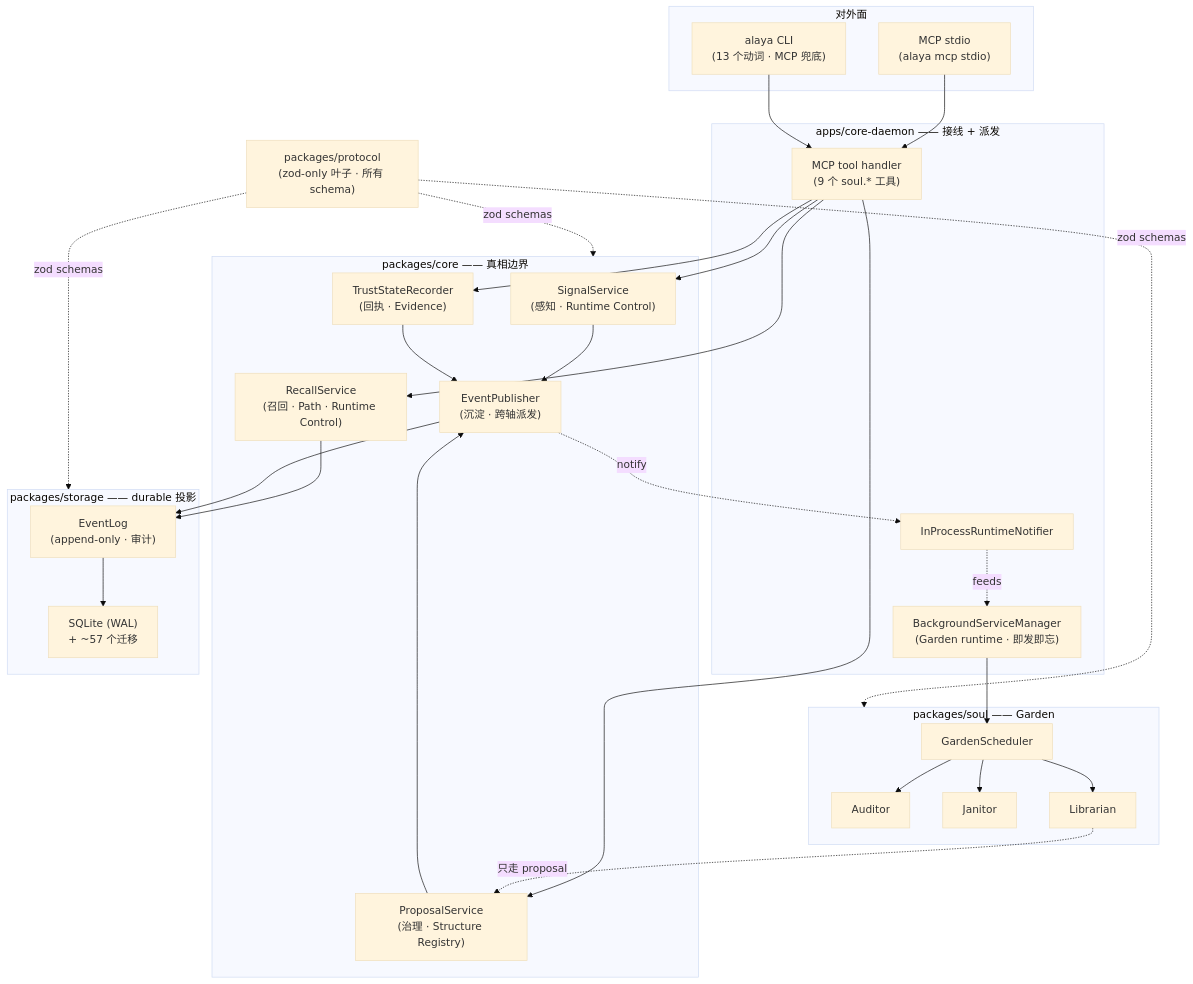
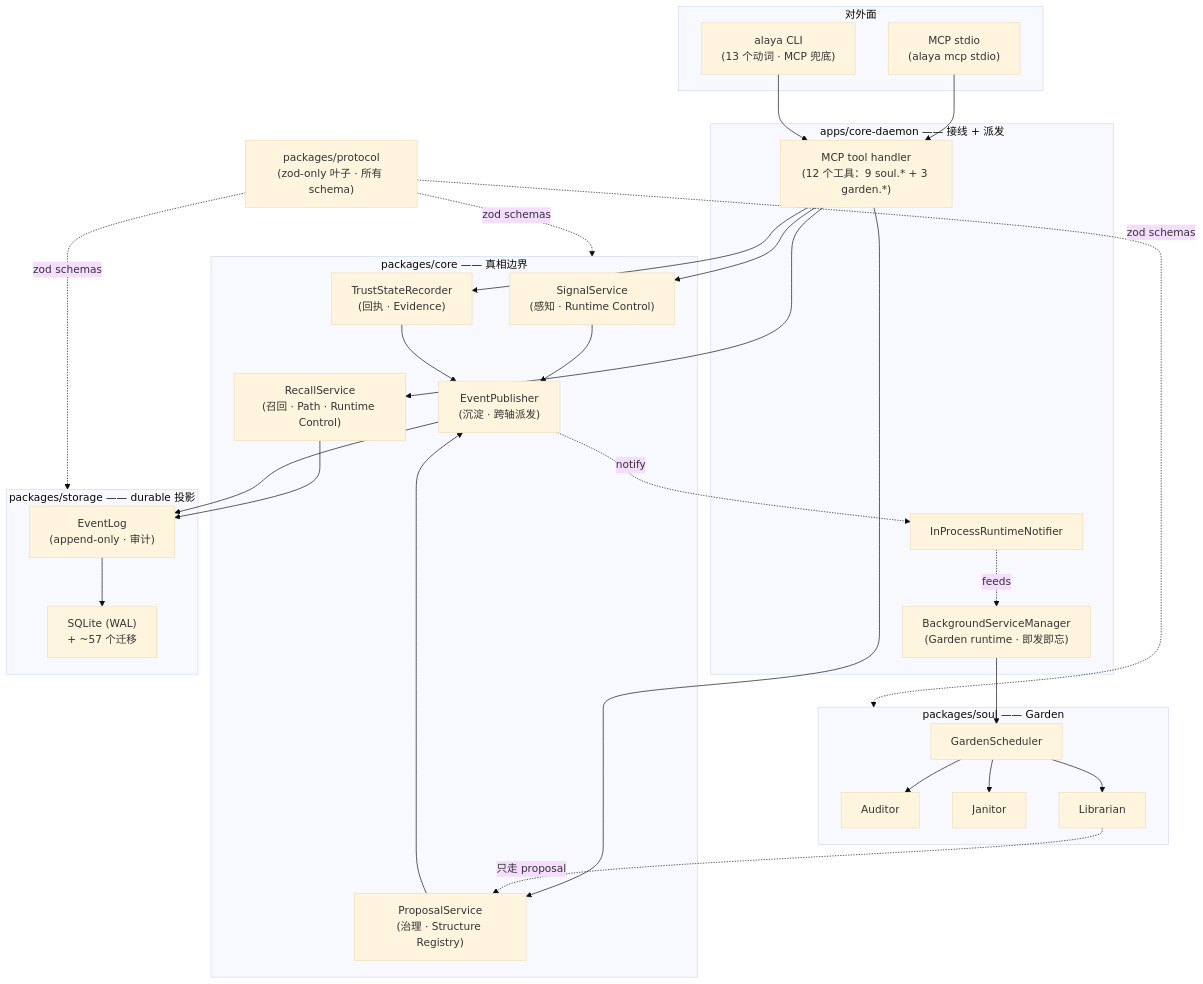
One commit to tdwhere123/Do-SOUL-Alaya changed the second of 2 diagrams in README.zh-CN.md. Above: the diagram before and after it, drawn with Mermaid (base theme). The commit also changed other lines of this file and 7 other files, not shown here.

````diff
--- a/README.zh-CN.md
+++ b/README.zh-CN.md
@@ -304,57 +304,57 @@
 ```mermaid
 graph TD
     subgraph Surfaces["对外面"]
         MCPS["MCP stdio<br/>(alaya mcp stdio)"]
         CLIS["alaya CLI<br/>(13 个动词 · MCP 兜底)"]
     end
 
     subgraph Daemon["apps/core-daemon —— 接线 + 派发"]
-        TH["MCP tool handler<br/>(9 个 soul.* 工具)"]
+        TH["MCP tool handler<br/>(12 个工具：9 soul.* + 3 garden.*)"]
         BG["BackgroundServiceManager<br/>(Garden runtime · 即发即忘)"]
         NOTI["InProcessRuntimeNotifier"]
     end
 
     subgraph Core["packages/core —— 真相边界"]
         SS["SignalService<br/>(感知 · Runtime Control)"]
         PROP["ProposalService<br/>(治理 · Structure Registry)"]
         EP["EventPublisher<br/>(沉淀 · 跨轴派发)"]
         REC["RecallService<br/>(召回 · Path · Runtime Control)"]
         TR["TrustStateRecorder<br/>(回执 · Evidence)"]
     end
 
     subgraph Soul["packages/soul —— Garden"]
         AUD["Auditor"]
         JAN["Janitor"]
         LIB["Librarian"]
         SCH["GardenScheduler"]
     end
 
     subgraph StorageBox["packages/storage —— durable 投影"]
         EL["EventLog<br/>(append-only · 审计)"]
         DB["SQLite (WAL)<br/>+ ~57 个迁移"]
     end
 
     PROTO["packages/protocol<br/>(zod-only 叶子 · 所有 schema)"]
 
     MCPS --> TH
     CLIS --> TH
     TH --> SS
     TH --> PROP
     TH --> REC
     TH --> TR
     SS --> EP
     PROP --> EP
     REC --> EL
     TR --> EP
     EP --> EL
     EL --> DB
     EP -.notify.-> NOTI
     NOTI -.feeds.-> BG
     BG --> SCH
     SCH --> AUD & JAN & LIB
     LIB -.只走 proposal.-> PROP
 
     PROTO -. zod schemas .-> Core
     PROTO -. zod schemas .-> Soul
     PROTO -. zod schemas .-> StorageBox
 ```
````
